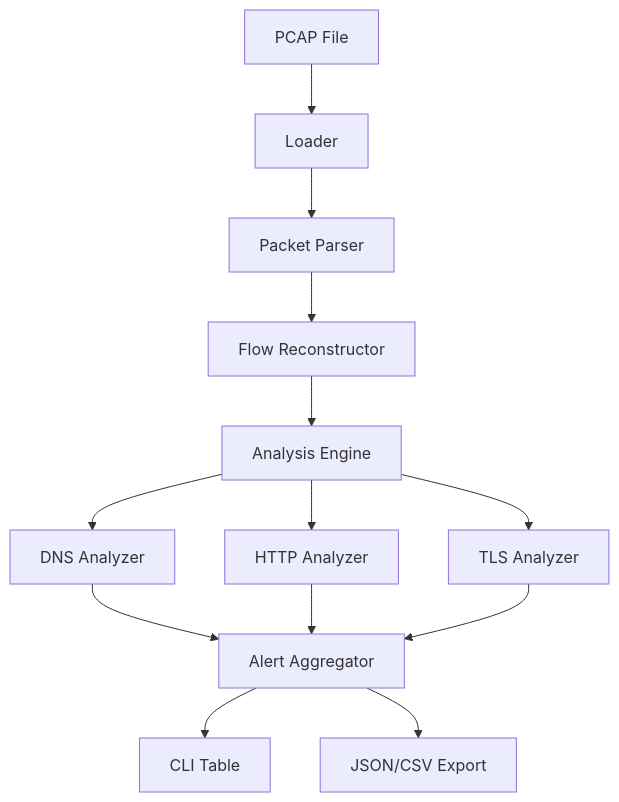
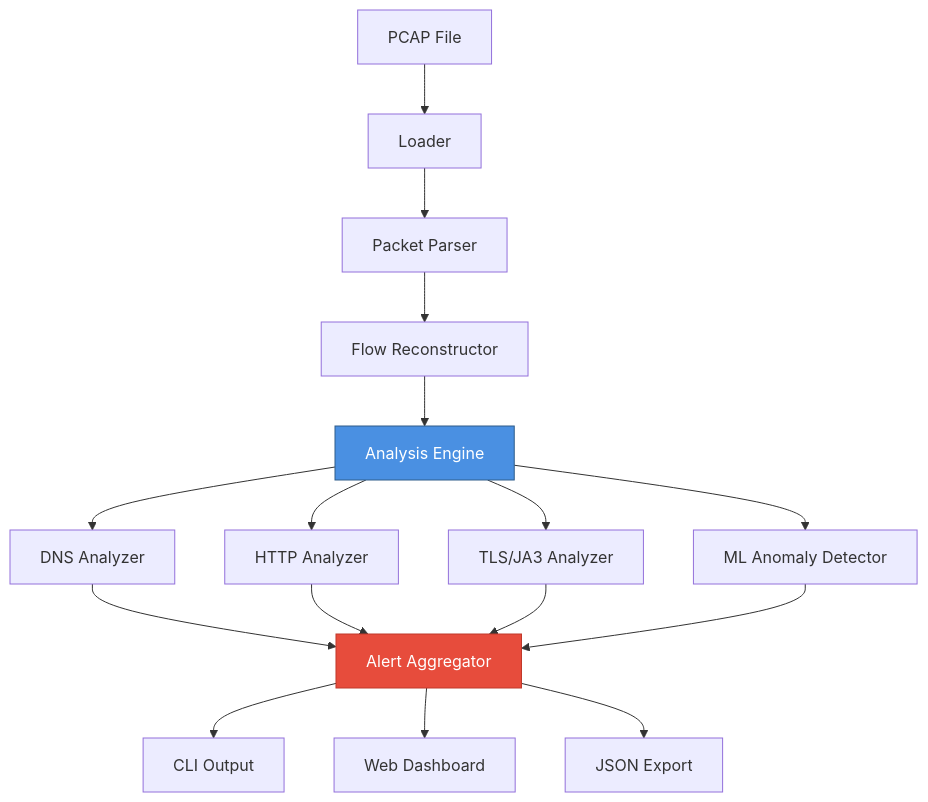
One commit to ismailtsdln/CapXray changed the diagram in README.md. Above: the diagram before and after it, drawn with Mermaid. The commit also changed other lines of this file and 2 other files, not shown here.

````diff
--- a/README.md
+++ b/README.md
@@ -112,15 +198,24 @@
 ```mermaid
-graph TD
+graph TB
     A[PCAP File] --> B[Loader]
     B --> C[Packet Parser]
     C --> D[Flow Reconstructor]
     D --> E[Analysis Engine]
+    
     E --> F[DNS Analyzer]
     E --> G[HTTP Analyzer]
-    E --> H[TLS Analyzer]
-    F --> I[Alert Aggregator]
-    G --> I
-    H --> I
-    I --> J[CLI Table]
-    I --> K[JSON/CSV Export]
+    E --> H[TLS/JA3 Analyzer]
+    E --> I[ML Anomaly Detector]
+    
+    F --> J[Alert Aggregator]
+    G --> J
+    H --> J
+    I --> J
+    
+    J --> K[CLI Output]
+    J --> L[Web Dashboard]
+    J --> M[JSON Export]
+    
+    style E fill:#4A90E2,stroke:#2E5C8A,color:#fff
+    style J fill:#E74C3C,stroke:#C0392B,color:#fff
 ```
````
